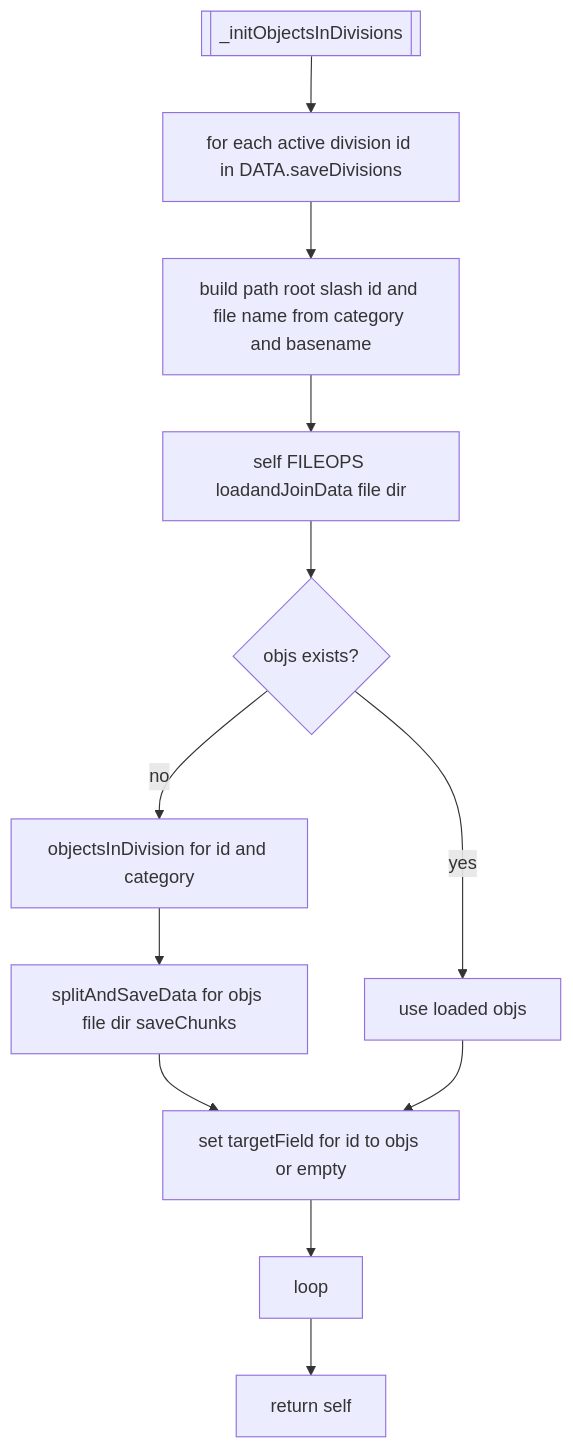
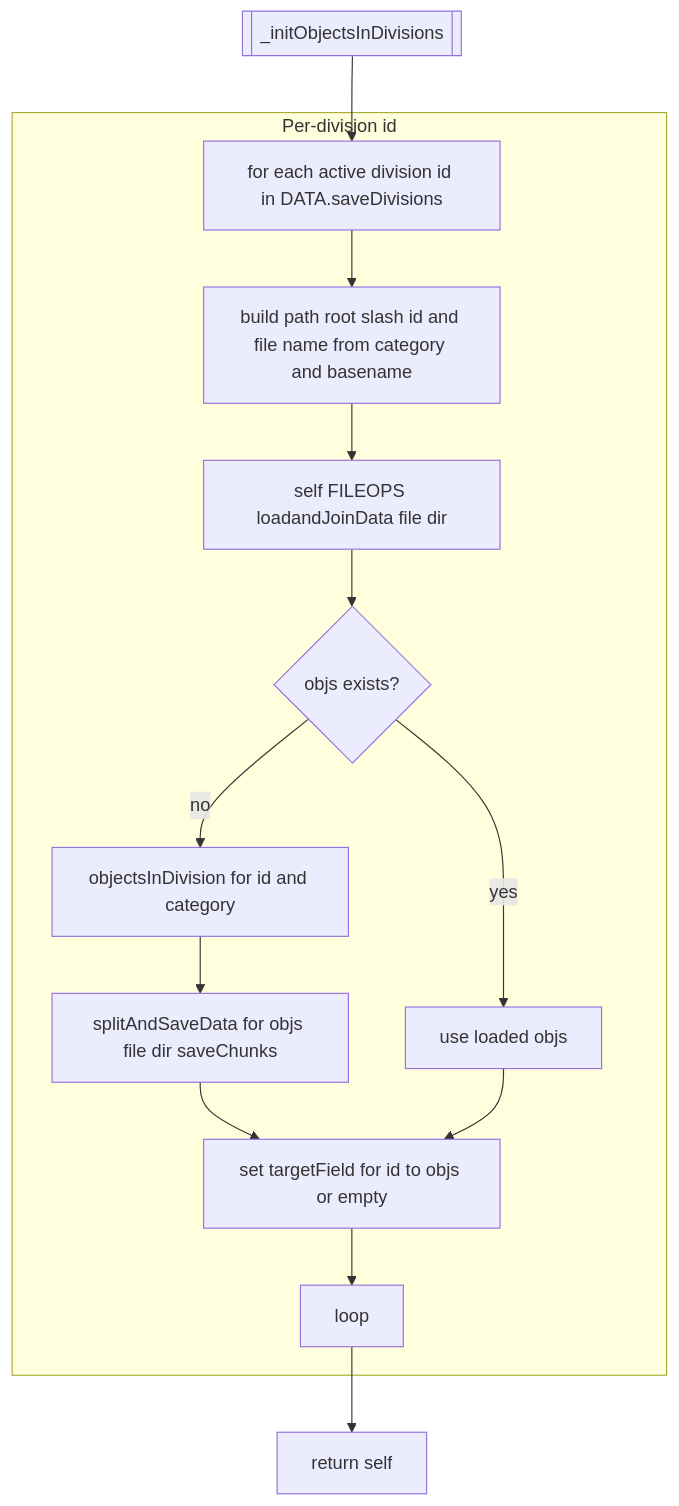
Before and after one commit to Gh0st352/AETHR: the fourth of 6 diagrams in docs/world/objects_and_db.md, drawn with Mermaid. The commit also changed other lines of this file and 7 other files, not shown here.

First line of the commit message:
docs(world, mermaid): normalize headings and standardize Mermaid diagrams

````diff
--- a/docs/world/objects_and_db.md
+++ b/docs/world/objects_and_db.md
@@ -62,14 +77,21 @@
 ```mermaid
+%% shared theme: docs/_mermaid/theme.json %%
 flowchart TD
   IOI[[_initObjectsInDivisions]] --> L[for each active division id in DATA.saveDivisions]
-  L --> PATH[build path root slash id and file name from category and basename]
-  PATH --> TRY[self FILEOPS loadandJoinData file dir]
-  TRY --> C{objs exists?}
-  C -->|no| SCAN[objectsInDivision for id and category]
-  SCAN --> SAVE[splitAndSaveData for objs file dir saveChunks]
-  C -->|yes| USE[use loaded objs]
-  SAVE --> SET[set targetField for id to objs or empty]
-  USE --> SET
-  SET --> NEXT[loop]
+  subgraph "Per-division id"
+    L --> PATH[build path root slash id and file name from category and basename]
+    PATH --> TRY[self FILEOPS loadandJoinData file dir]
+    TRY --> C{objs exists?}
+    C -- "no" --> SCAN[objectsInDivision for id and category]
+    SCAN --> SAVE[splitAndSaveData for objs file dir saveChunks]
+    C -- "yes" --> USE[use loaded objs]
+    SAVE --> SET[set targetField for id to objs or empty]
+    USE --> SET
+    SET --> NEXT[loop]
+  end
   NEXT --> RET[return self]
+
+  class C class_decision;
+  class RET class_result;
+  class IOI,L,PATH,TRY,SCAN,SAVE,USE,SET,NEXT class_step;
 ```
````
